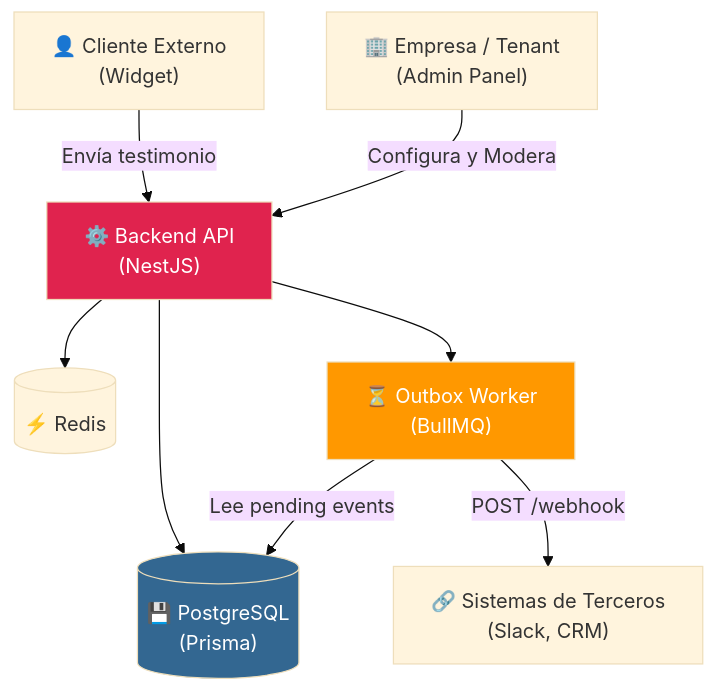
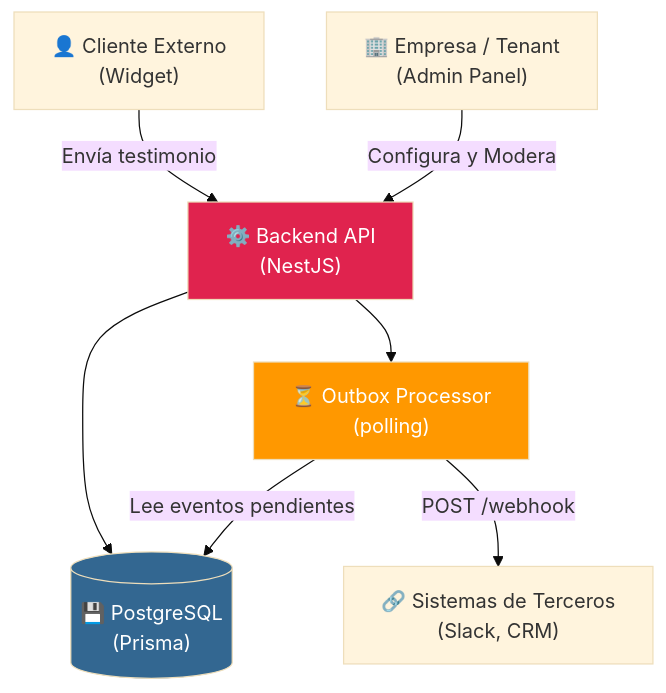
One commit to No-Country-simulation/S03-26-Equipo-10-Web-App-Development changed the diagram in README.md. Above: the diagram before and after it, drawn with Mermaid (base theme). The commit also changed other lines of this file and 10 other files, not shown here.

Commit message:
docs(architecture): actualizá el estado real y registrá la auditoría de cierre

````diff
--- a/README.md
+++ b/README.md
@@ -60,16 +60,15 @@
 ```mermaid
 graph TB
     Customer["👤 Cliente Externo<br>(Widget)"] -->|Envía testimonio| API["⚙️ Backend API<br>(NestJS)"]
     Tenant["🏢 Empresa / Tenant<br>(Admin Panel)"] -->|Configura y Modera| API
     
     API --> DB[("💾 PostgreSQL<br>(Prisma)")]
-    API --> Cache[("⚡ Redis")]
-    API --> Worker["⏳ Outbox Worker<br>(BullMQ)"]
+    API --> Worker["⏳ Outbox Processor<br>(polling)"]
     
-    Worker -->|Lee pending events| DB
+    Worker -->|Lee eventos pendientes| DB
     Worker -->|POST /webhook| Webhook["🔗 Sistemas de Terceros<br>(Slack, CRM)"]
 
     style API fill:#E0234E,color:#fff
     style DB fill:#336791,color:#fff
     style Worker fill:#FF9800,color:#fff
 ```
````
